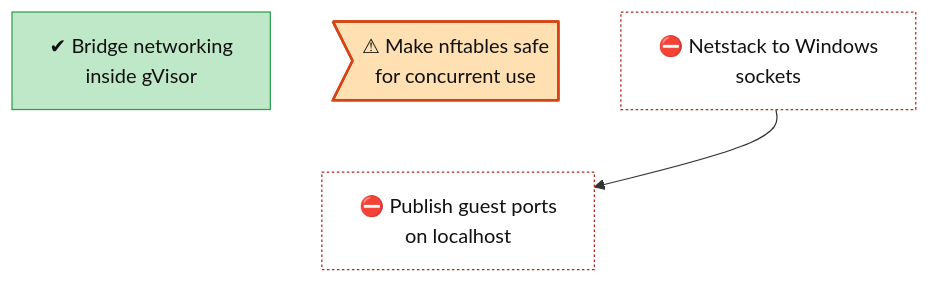
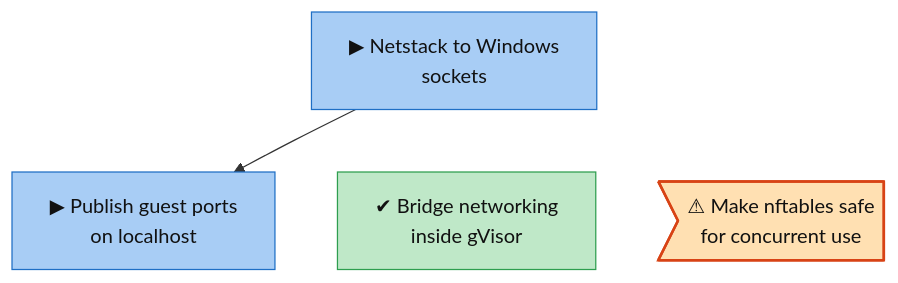
Before and after one commit to lhns/gvisor-windows: the diagram in docs/roadmap/tracks/net.md, drawn with Mermaid. The commit also changed other lines of this file and 6 other files, not shown here.

````diff
--- a/docs/roadmap/tracks/net.md
+++ b/docs/roadmap/tracks/net.md
@@ -10,28 +10,28 @@
 ```mermaid
 flowchart TB
+    net_netstack_windows_link["▶ Netstack to Windows<br/>sockets"]
+    net_port_forwarding["▶ Publish guest ports<br/>on localhost"]
     net_bridge_networking["✔ Bridge networking<br/>inside gVisor"]
     net_nftables_thread_safety>"⚠ Make nftables safe<br/>for concurrent use"]
-    net_netstack_windows_link["⛔ Netstack to Windows<br/>sockets"]
-    net_port_forwarding["⛔ Publish guest ports<br/>on localhost"]
-    net_bridge_networking ~~~ net_port_forwarding
-    net_nftables_thread_safety ~~~ net_port_forwarding
     net_netstack_windows_link ~~~ net_port_forwarding
+    net_netstack_windows_link ~~~ net_bridge_networking
+    net_netstack_windows_link ~~~ net_nftables_thread_safety
     net_netstack_windows_link --> net_port_forwarding
     classDef vsucc fill:#2e9e4f,stroke:#1b6b34,color:#fff
     classDef succ fill:#bfe8c8,stroke:#2e9e4f,color:#111
     classDef mixed fill:#ffd37a,stroke:#c98a00,color:#111
     classDef bad fill:#f28b82,stroke:#b3261e,color:#111
     classDef dead fill:#e6e6e6,stroke:#777,stroke-dasharray:5 5,color:#555
     classDef inprog fill:#a8cdf5,stroke:#1f6fc5,color:#111
     classDef next fill:#fff,stroke:#333,color:#111
     classDef blocked fill:#fff,stroke:#b3261e,stroke-dasharray:2 2,color:#111
     classDef parked fill:#f3f3f3,stroke:#999,color:#555
     classDef unrated fill:#fff,stroke:#333,stroke-dasharray:1 3,color:#111
     classDef gate fill:#d9c2f0,stroke:#7b3fb5,color:#111
     classDef decided fill:#ece0f7,stroke:#7b3fb5,stroke-dasharray:2 2,color:#111
     classDef finding fill:#ffe0b2,stroke:#d84315,stroke-width:2px,color:#111
     classDef waiting fill:#e3f2fd,stroke:#1f6fc5,stroke-dasharray:5 5,color:#111
+    class net_netstack_windows_link,net_port_forwarding inprog
     class net_bridge_networking succ
     class net_nftables_thread_safety finding
-    class net_netstack_windows_link,net_port_forwarding blocked
 ```
````
